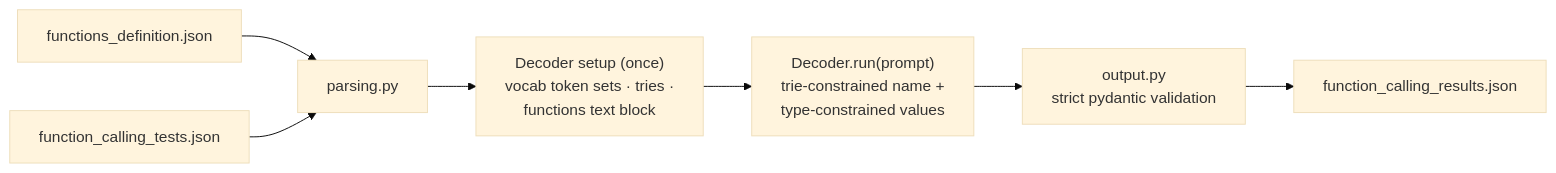
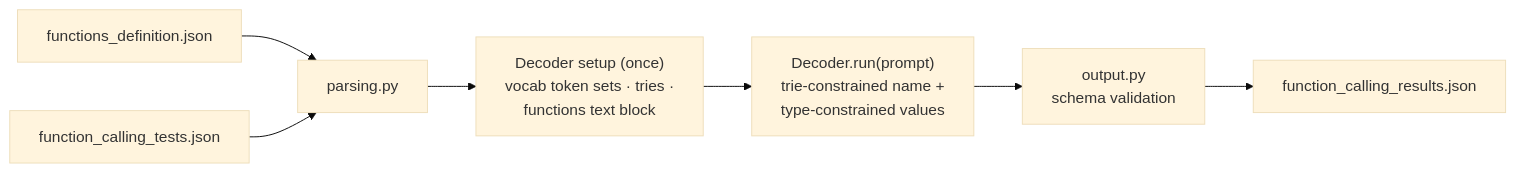
Before and after one commit to laghzal49/Call-me-maybe: the first of 2 diagrams in README.md, drawn with Mermaid (base theme). The commit also changed 3 other files, not shown here.

Commit message:
Update docs to match simplified pydantic validation

````diff
--- a/README.md
+++ b/README.md
@@ -26,9 +26,9 @@
 ```mermaid
 flowchart LR
     FD[functions_definition.json] --> P[parsing.py]
     TI[function_calling_tests.json] --> P
     P --> D["Decoder setup (once)<br/>vocab token sets · tries ·<br/>functions text block"]
     D --> R["Decoder.run(prompt)<br/>trie-constrained name +<br/>type-constrained values"]
-    R --> V["output.py<br/>strict pydantic validation"]
+    R --> V["output.py<br/>schema validation"]
     V --> O[function_calling_results.json]
 ```
````
